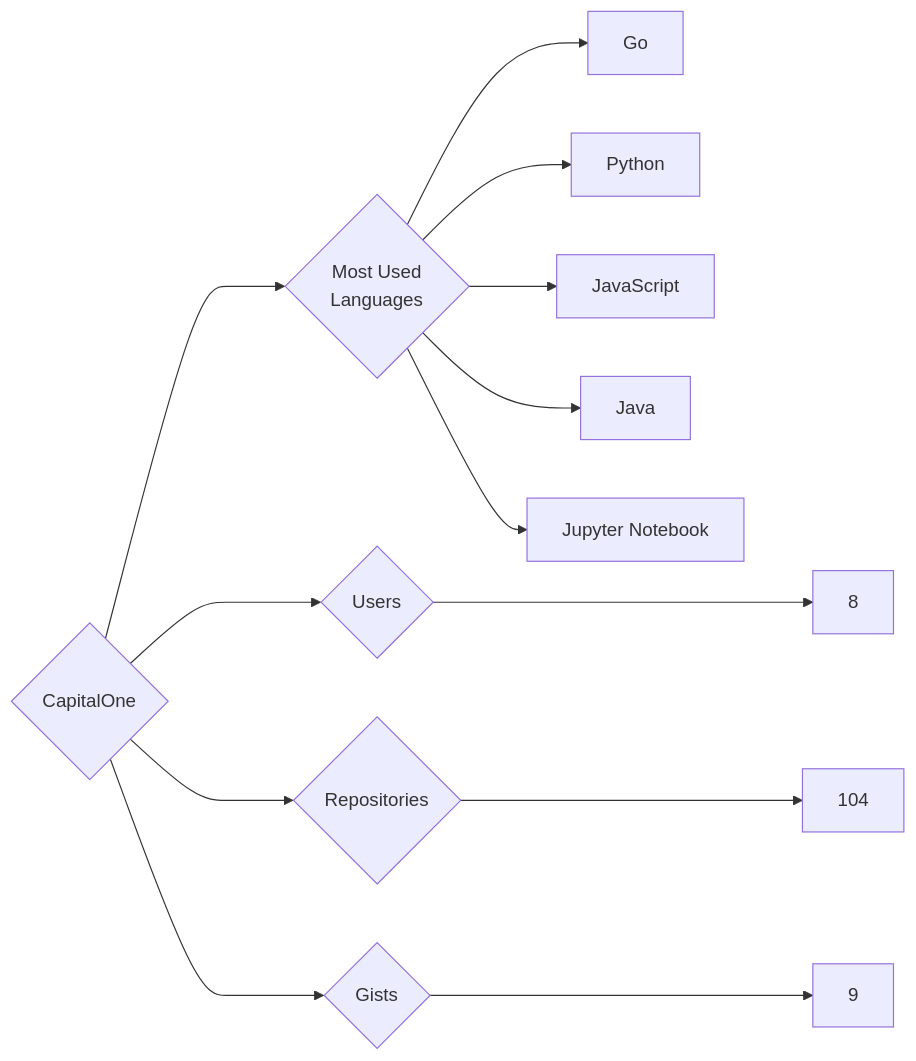
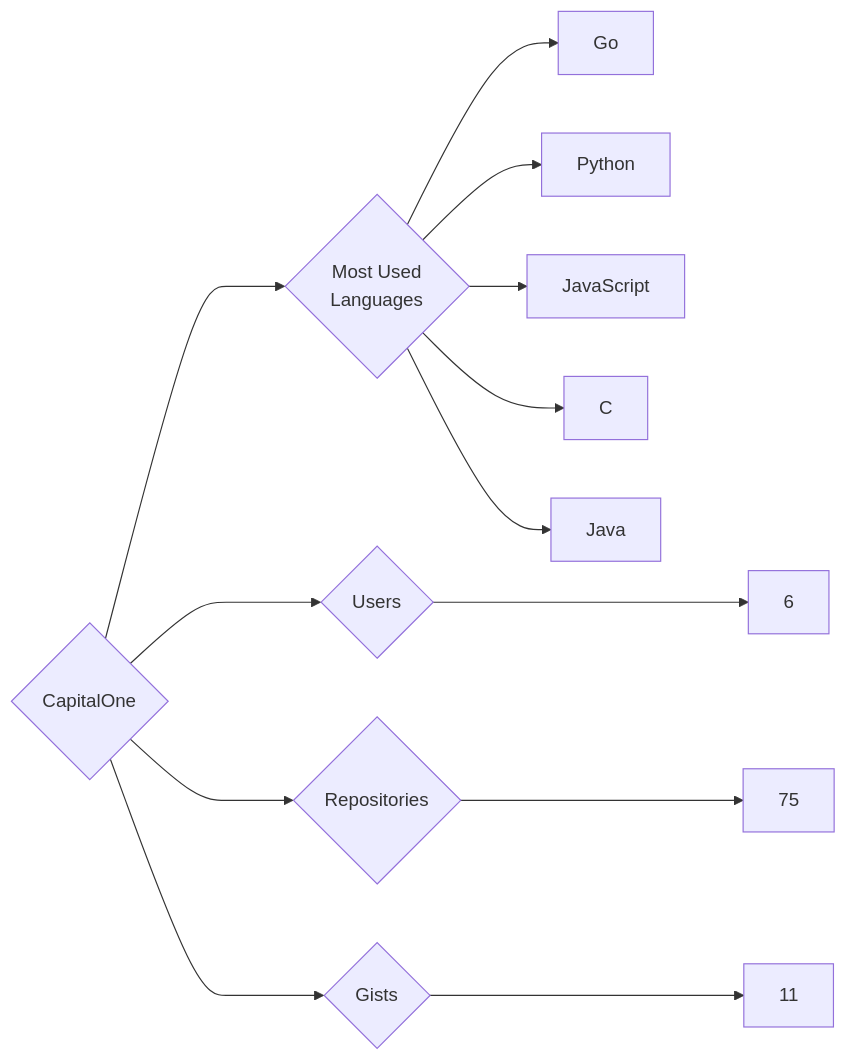
The diagram in targets/CapitalOne/README.md (trickest/insiders), drawn with Mermaid before and after one commit. The commit also changed 1030 other files, not shown here.

````diff
--- a/targets/CapitalOne/README.md
+++ b/targets/CapitalOne/README.md
@@ -3,13 +3,13 @@
 ```mermaid
 graph LR
 COMPANY_NAME{CapitalOne}
-COMPANY_NAME ---> U{Users} ---> UN[8]
-COMPANY_NAME ---> R{Repositories} ---> RN[104]
-COMPANY_NAME ---> G{Gists} ---> GN[9]
+COMPANY_NAME ---> U{Users} ---> UN[6]
+COMPANY_NAME ---> R{Repositories} ---> RN[75]
+COMPANY_NAME ---> G{Gists} ---> GN[11]
 COMPANY_NAME ---> ML{Most Used<br>Languages}
 ML --> Go[Go]
 ML --> Python[Python]
 ML --> JavaScript[JavaScript]
+ML --> C[C]
 ML --> Java[Java]
-ML --> Jupyter_Notebook[Jupyter Notebook]
 ```
````
